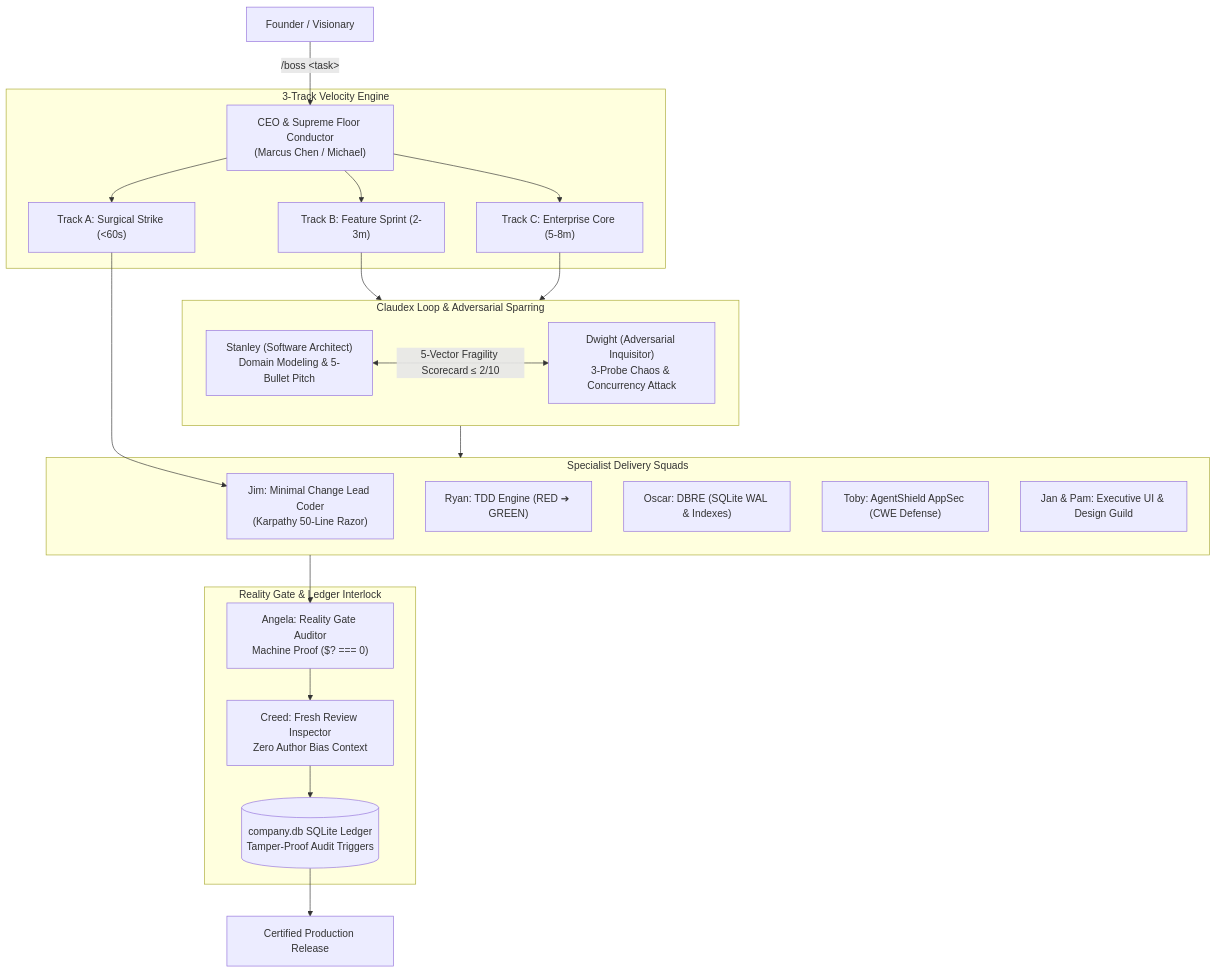
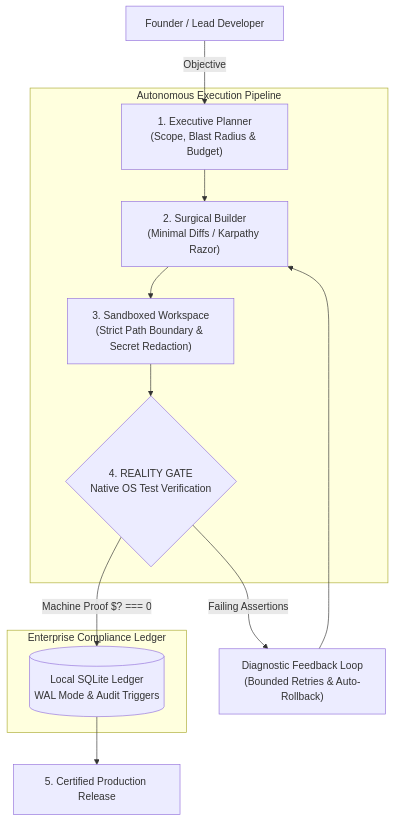
The diagram in README.md (abdullahhanjra/theasascompany), drawn with Mermaid before and after one commit. The commit also changed other lines of this file and 1 other file, not shown here.

Commit message:
docs: overhaul README with world-class developer showcase, humanized narrative, and official links

````diff
--- a/README.md
+++ b/README.md
@@ -98,41 +140,18 @@
 ```mermaid
 flowchart TD
-    Founder["Founder / Visionary"] -->|"/boss &lt;task&gt;"| CEO["CEO & Supreme Floor Conductor<br/>(Marcus Chen / Michael)"]
+    Founder["Founder / Lead Developer"] -->|Objective| CEO["1. Executive Planner<br/>(Scope, Blast Radius & Budget)"]
     
-    subgraph VelocityEngine["3-Track Velocity Engine"]
-        CEO --> TrackA["Track A: Surgical Strike (&lt;60s)"]
-        CEO --> TrackB["Track B: Feature Sprint (2-3m)"]
-        CEO --> TrackC["Track C: Enterprise Core (5-8m)"]
+    subgraph ExecutionPlane["Autonomous Execution Pipeline"]
+        CEO --> Builder["2. Surgical Builder<br/>(Minimal Diffs / Karpathy Razor)"]
+        Builder --> Sandbox["3. Sandboxed Workspace<br/>(Strict Path Boundary & Secret Redaction)"]
+        Sandbox --> RealityGate{"4. REALITY GATE<br/>Native OS Test Verification"}
     end
 
-    subgraph AdversarialArena["Claudex Loop & Adversarial Sparring"]
-        Architect["Stanley (Software Architect)<br/>Domain Modeling & 5-Bullet Pitch"] 
-        Inquisitor["Dwight (Adversarial Inquisitor)<br/>3-Probe Chaos & Concurrency Attack"]
-        Architect <-->|5-Vector Fragility Scorecard &le; 2/10| Inquisitor
+    subgraph LedgerStorage["Enterprise Compliance Ledger"]
+        RealityGate -->|Machine Proof $? === 0| DB[(Local SQLite Ledger<br/>WAL Mode & Audit Triggers)]
     end
 
-    TrackB --> AdversarialArena
-    TrackC --> AdversarialArena
-
-    subgraph SpecialistFleet["Specialist Delivery Squads"]
-        Jim["Jim: Minimal Change Lead Coder<br/>(Karpathy 50-Line Razor)"]
-        Ryan["Ryan: TDD Engine (RED ➔ GREEN)"]
-        Oscar["Oscar: DBRE (SQLite WAL & Indexes)"]
-        Toby["Toby: AgentShield AppSec (CWE Defense)"]
-        JanPam["Jan & Pam: Executive UI & Design Guild"]
-    end
-
-    AdversarialArena --> SpecialistFleet
-    TrackA --> Jim
-
-    subgraph GovernanceGate["Reality Gate & Ledger Interlock"]
-        Angela["Angela: Reality Gate Auditor<br/>Machine Proof ($? === 0)"]
-        Creed["Creed: Fresh Review Inspector<br/>Zero Author Bias Context"]
-        DB[(company.db SQLite Ledger<br/>Tamper-Proof Audit Triggers)]
-    end
-
-    SpecialistFleet --> Angela
-    Angela --> Creed
-    Creed --> DB
-    DB --> Output["Certified Production Release"]
+    RealityGate -->|Failing Assertions| Triage["Diagnostic Feedback Loop<br/>(Bounded Retries & Auto-Rollback)"]
+    Triage --> Builder
+    DB --> VerifiedPR["5. Certified Production Release"]
 ```
````
